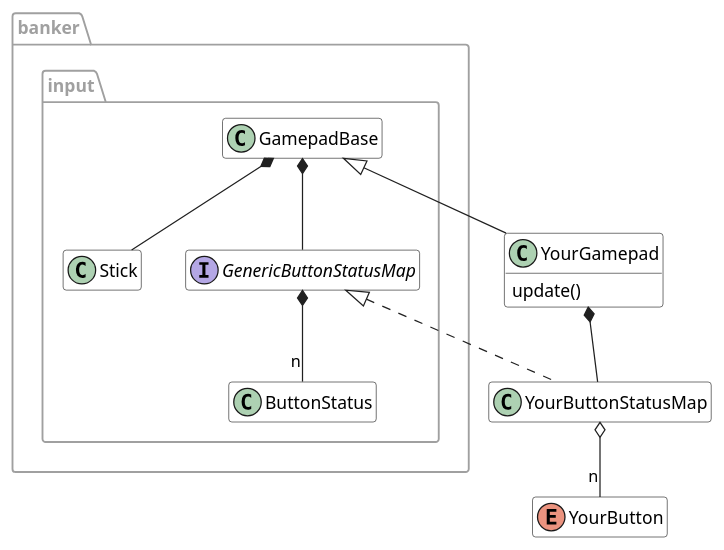
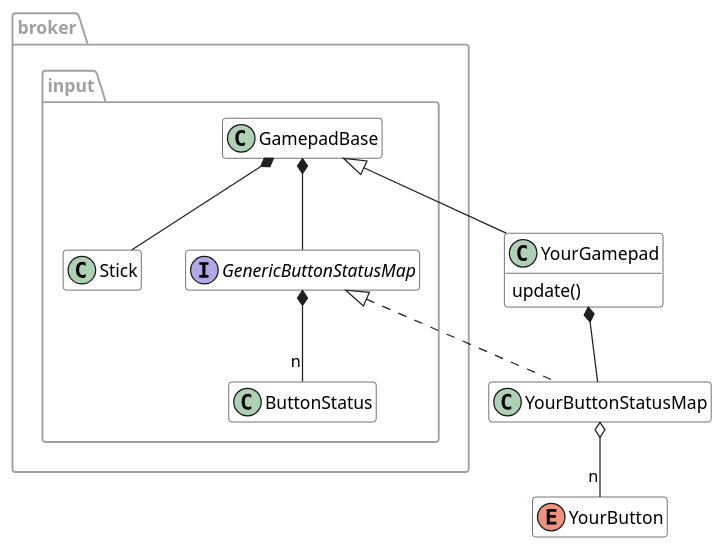
One commit to fal-works/broker changed the diagram in docs/gamepad.puml. Above: the diagram before and after it, drawn with PlantUML. The commit also changed 1 other file, not shown here.

Commit message:
docs: fix gamepad class diagram

```diff
--- a/docs/gamepad.puml
+++ b/docs/gamepad.puml
@@ -1,49 +1,49 @@
 @startuml gamepad
 
 ' ---- (style) --------------------------------
 
 skinparam shadowing false
 skinparam backgroundColor White
 skinparam package {
   BorderColor #A0A0A0
   FontColor #A0A0A0
 }
 skinparam class {
   BackgroundColor White
   ArrowColor #202020
   BorderColor #202020
   FontColor #000000
 }
 skinparam note {
   BackgroundColor White
   FontColor #606060
   BorderColor #C0C0C0
 }
 skinparam stereotypeIBackgroundColor Lavender
 hide empty members
 
 ' ---- (diagram) ------------------------------
 
-package banker.input {
+package broker.input {
 	class ButtonStatus
 	class GamepadBase
 	class Stick
   interface GenericButtonStatusMap
 
   GenericButtonStatusMap *-- "n" ButtonStatus
   GamepadBase *-- GenericButtonStatusMap
   GamepadBase *-- Stick
 }
 
   class YourGamepad {
     update()
   }
   enum YourButton
   class YourButtonStatusMap
 
   GamepadBase <|-- YourGamepad
   GenericButtonStatusMap <|.. YourButtonStatusMap
   YourGamepad *-- YourButtonStatusMap
   YourButtonStatusMap o-- "n" YourButton
 
 @enduml
```
